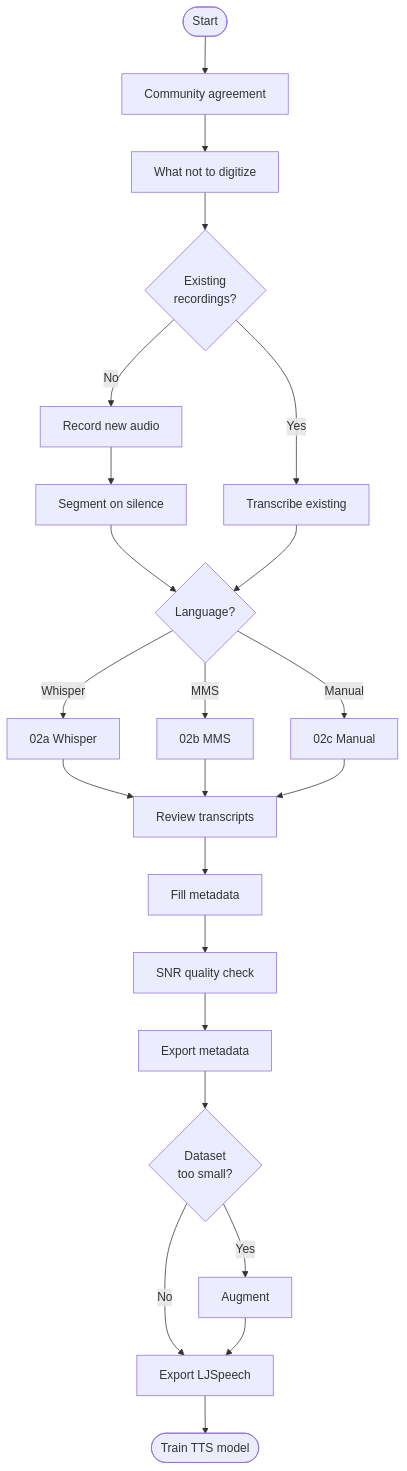
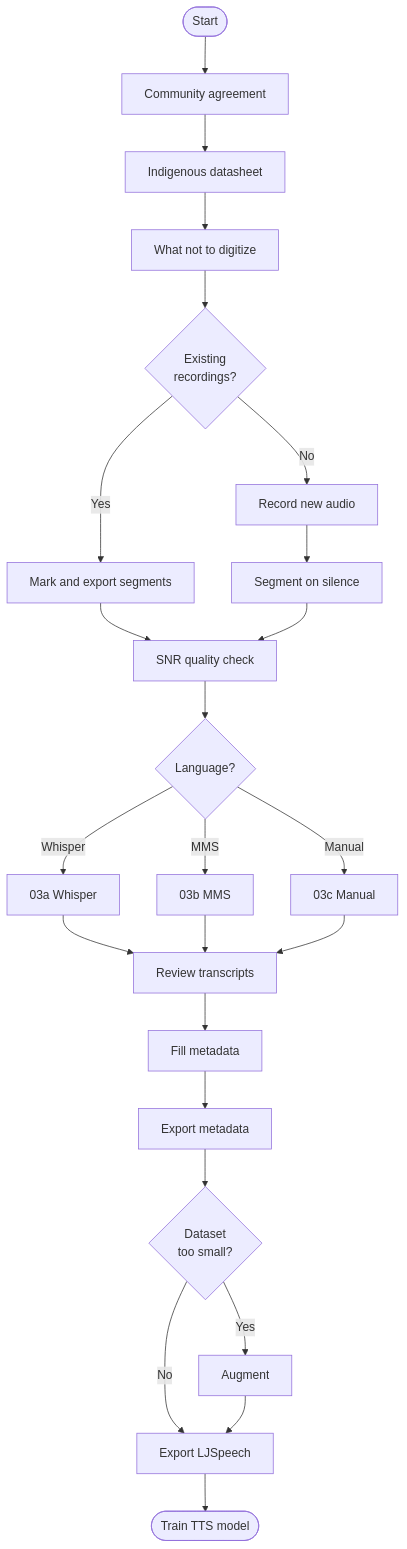
One commit to hollygrimm/voice-dataset-creation changed the diagram in README.md. Above: the diagram before and after it, drawn with Mermaid. The commit also changed other lines of this file and 7 other files, not shown here.

First line of the commit message:
refactor: renumber notebooks to match SNR-before-transcription flow

````diff
--- a/README.md
+++ b/README.md
@@ -5,29 +5,30 @@
 ```mermaid
 flowchart TD
     A([Start]) --> B[Community agreement]
-    B --> C[What not to digitize]
+    B --> B2[Indigenous datasheet]
+    B2 --> C[What not to digitize]
     C --> D{Existing\nrecordings?}
 
     D -->|No| P1[Record new audio]
-    D -->|Yes| P2[Transcribe existing]
+    D -->|Yes| P2[Mark and export segments]
 
     P1 --> SEG[Segment on silence]
-    SEG --> LANG
+    P2 --> SNR
 
-    P2 --> LANG{Language?}
-    LANG -->|Whisper| W[02a Whisper]
-    LANG -->|MMS| M[02b MMS]
-    LANG -->|Manual| MAN[02c Manual]
+    SEG --> SNR[SNR quality check]
+    SNR --> LANG{Language?}
+    LANG -->|Whisper| W[03a Whisper]
+    LANG -->|MMS| M[03b MMS]
+    LANG -->|Manual| MAN[03c Manual]
     W & M & MAN --> REV[Review transcripts]
     REV --> META
 
-    META[Fill metadata] --> SNR[SNR quality check]
-    SNR --> EMETA[Export metadata]
+    META[Fill metadata] --> EMETA[Export metadata]
     EMETA --> AUG{Dataset\ntoo small?}
 
     AUG -->|Yes| P3[Augment]
     AUG -->|No| EXP
     P3 --> EXP
 
     EXP[Export LJSpeech] --> DONE([Train TTS model])
 ```
````
